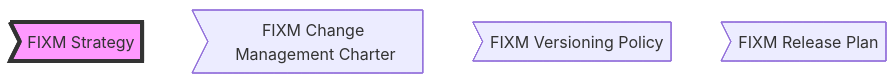
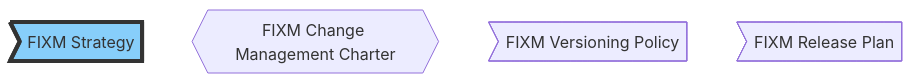
One commit to hlepori/test_docsify changed the diagram in docs/home.md. Above: the diagram before and after it, drawn with Mermaid.

````diff
--- a/docs/home.md
+++ b/docs/home.md
@@ -9,11 +9,11 @@
 ```mermaid
 graph TD
 STRATEGY>FIXM Strategy]
-CHARTER>FIXM Change Management Charter]
+CHARTER{{FIXM Change Management Charter}}
 VERSIONING>FIXM Versioning Policy]
 RELEASEPLAN>FIXM Release Plan]
 
-style STRATEGY fill:#f9f,stroke:#333,stroke-width:4px
+style STRATEGY fill:#87CEFA,stroke:#333,stroke-width:4px
 
 click STRATEGY "https://ost.eurocontrol.int/sites/FIXM/Lists/Bug%20reports/AllItems.aspx" "Go to the FIXM Strategy" _blank
 ```
````
